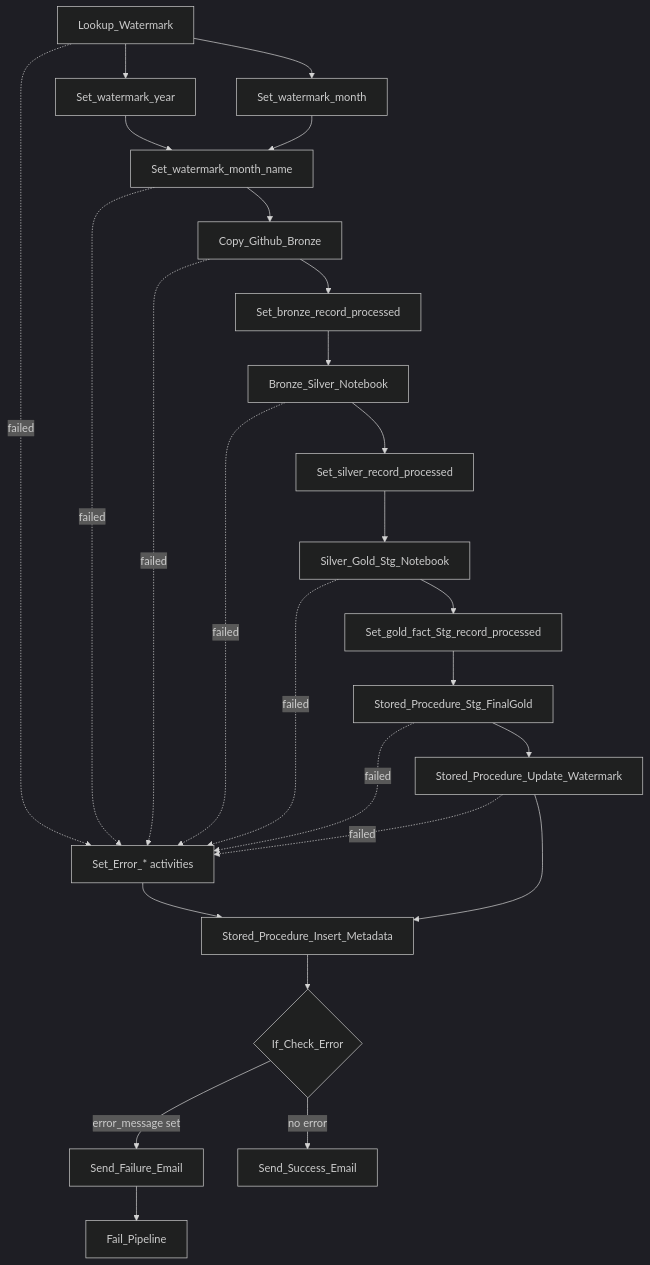
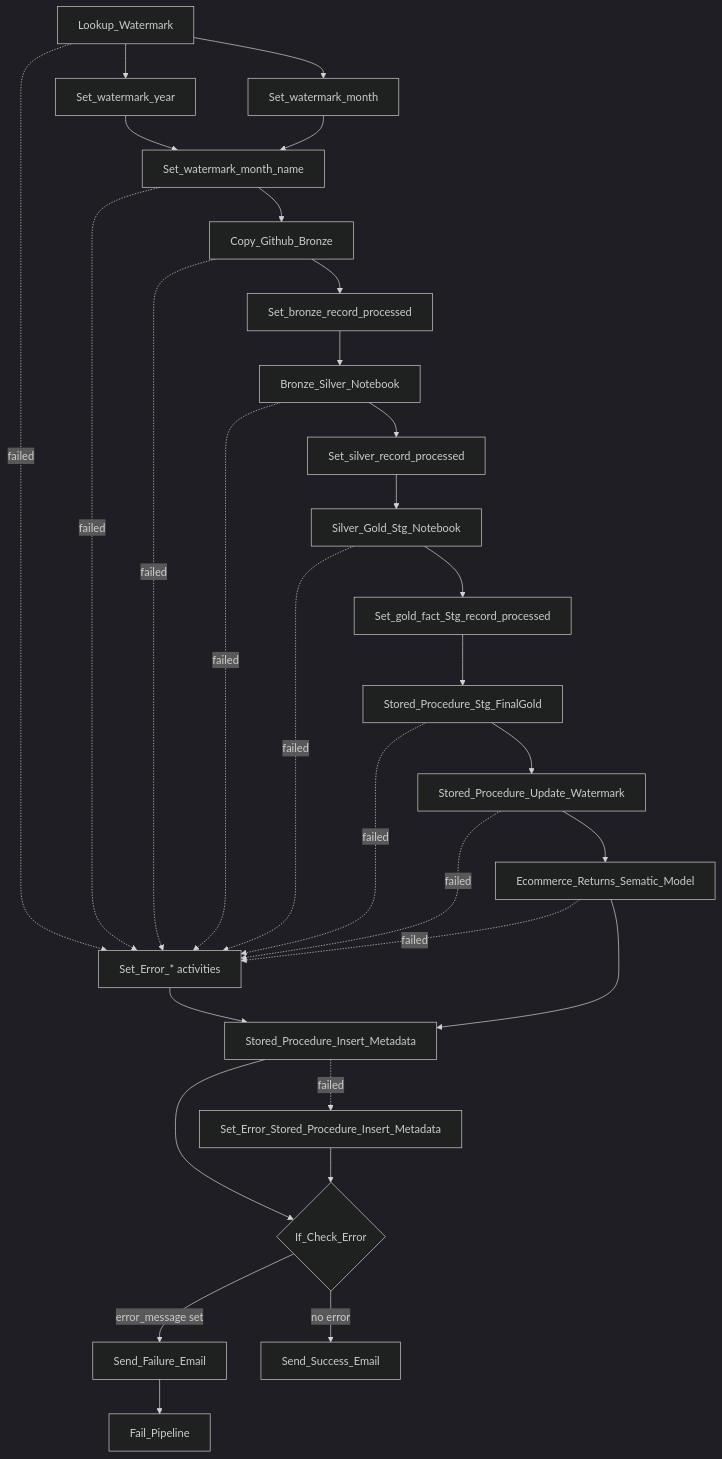
One commit to AdarshDamarla-DataEngineer-Git/Fabric-Ecommerce-Return-Analytics changed the second of 2 diagrams in docs/PIPELINE_ARCHITECTURE.md. Above: the diagram before and after it, drawn with Mermaid (dark theme). The commit also changed other lines of this file and 10 other files, not shown here.

Commit message:
Add semantic model and report docs, Dim_Date script, 2024 schema-check demo files

````diff
--- a/docs/PIPELINE_ARCHITECTURE.md
+++ b/docs/PIPELINE_ARCHITECTURE.md
@@ -45,29 +47,33 @@
 ```mermaid
 flowchart TD
     A[Lookup_Watermark] --> B1[Set_watermark_year]
     A --> B2[Set_watermark_month]
     B1 --> C[Set_watermark_month_name]
     B2 --> C
     C --> D[Copy_Github_Bronze]
     D --> E[Set_bronze_record_processed]
     E --> F[Bronze_Silver_Notebook]
     F --> G[Set_silver_record_processed]
     G --> H[Silver_Gold_Stg_Notebook]
     H --> I[Set_gold_fact_Stg_record_processed]
     I --> J[Stored_Procedure_Stg_FinalGold]
     J --> K[Stored_Procedure_Update_Watermark]
+    K --> R[Ecommerce_Returns_Sematic_Model]
 
     A -. failed .-> X[Set_Error_* activities]
     C -. failed .-> X
     D -. failed .-> X
     F -. failed .-> X
     H -. failed .-> X
     J -. failed .-> X
     K -. failed .-> X
+    R -. failed .-> X
 
     X --> L[Stored_Procedure_Insert_Metadata]
-    K --> L
+    R --> L
+    L -. failed .-> XL[Set_Error_Stored_Procedure_Insert_Metadata]
     L --> M{If_Check_Error}
+    XL --> M
     M -- error_message set --> N[Send_Failure_Email] --> O[Fail_Pipeline]
     M -- no error --> P[Send_Success_Email]
 ```
````
